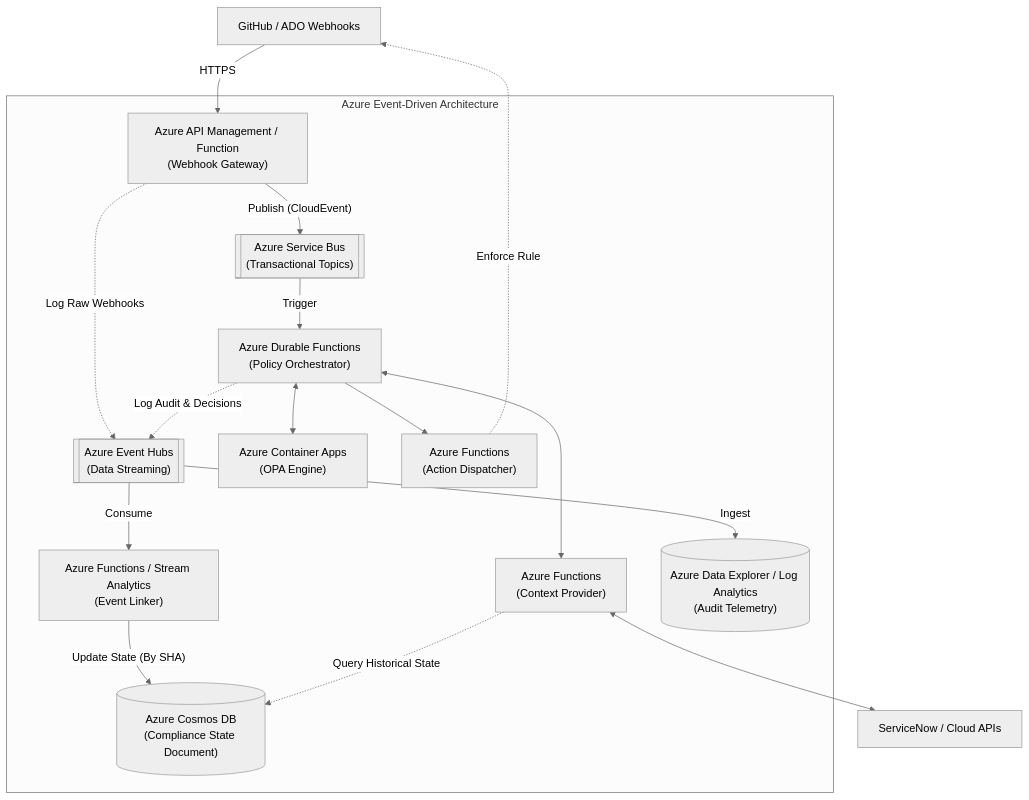
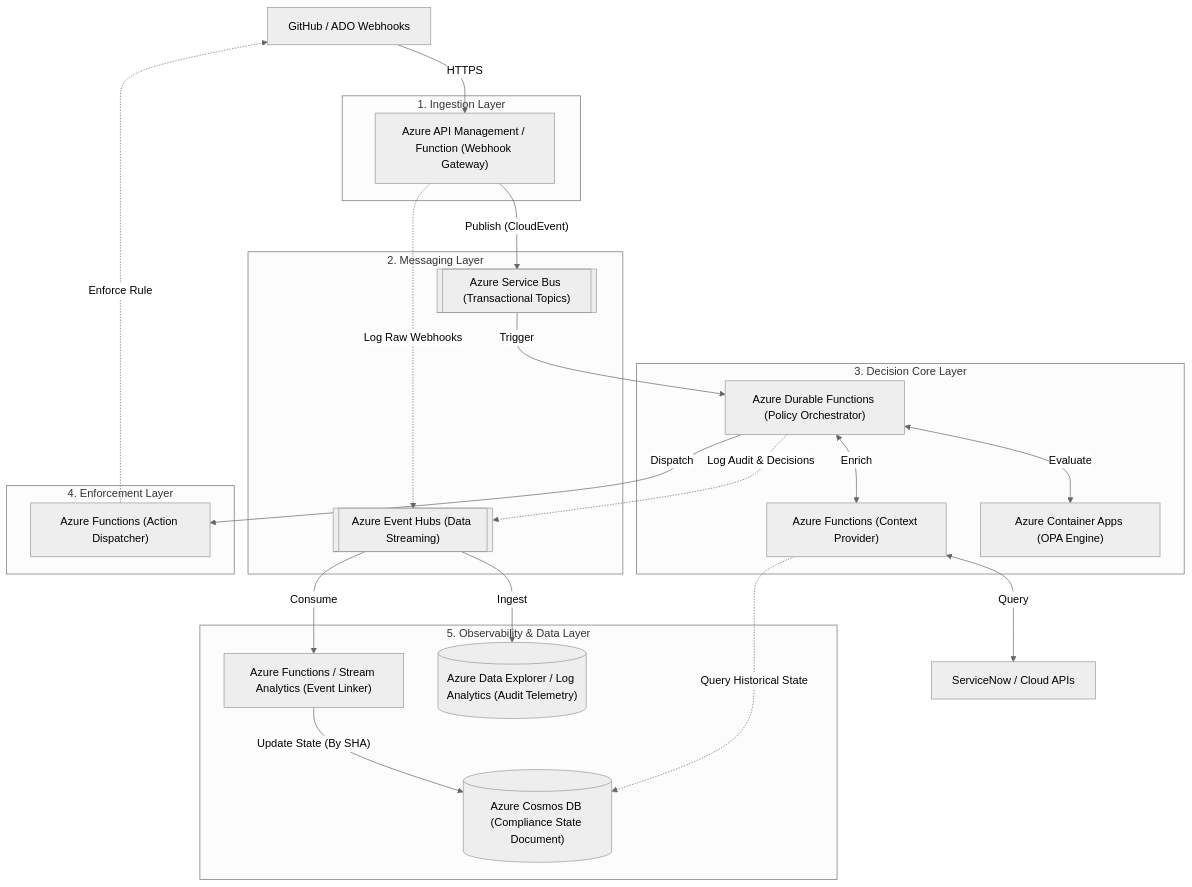
The third of 4 diagrams in docs/adr-initial-architecture.md (erasmo-dominguez-stuff/repol), drawn with Mermaid (neutral theme) before and after one commit. The commit also changed other lines of this file, not shown here.

````diff
--- a/docs/adr-initial-architecture.md
+++ b/docs/adr-initial-architecture.md
@@ -157,47 +146,52 @@
 ```mermaid
 flowchart TD
     %% External Entities
-    GH["GitHub / ADO Webhooks"] -- "HTTPS" --> Gateway
+    GH["GitHub / ADO Webhooks"]
     ExternalAPIs["ServiceNow / Cloud APIs"]
 
-    subgraph Azure_Serverless_Ecosystem [Azure Event-Driven Architecture]
-        %% Ingestion and Messaging
-        Gateway["Azure API Management / Function<br/>(Webhook Gateway)"]
-        ServiceBus[["Azure Service Bus<br/>(Transactional Topics)"]]
-        EventHubs[["Azure Event Hubs<br/>(Data Streaming)"]]
-        
-        %% Processing (Core)
-        Orchestrator["Azure Durable Functions<br/>(Policy Orchestrator)"]
-        Context["Azure Functions<br/>(Context Provider)"]
-        OPA["Azure Container Apps<br/>(OPA Engine)"]
-        
-        %% Enforcement
-        ActionDispatcher["Azure Functions<br/>(Action Dispatcher)"]
-
-        %% Correlation and Data
-        CorrelationEngine["Azure Functions / Stream Analytics<br/>(Event Linker)"]
-        CosmosDB[("Azure Cosmos DB<br/>(Compliance State Document)")]
-        LogAnalytics[("Azure Data Explorer / Log Analytics<br/>(Audit Telemetry)")]
+    %% Logical Layers in Azure
+    subgraph Layer1 ["1. Ingestion Layer"]
+        Gateway["Azure API Management / Function (Webhook Gateway)"]
     end
 
-    %% Main Transactional Flow
-    Gateway -- "Publish (CloudEvent)" --> ServiceBus
-    ServiceBus -- "Trigger" --> Orchestrator
+    subgraph Layer2 ["2. Messaging Layer"]
+        ServiceBus[["Azure Service Bus (Transactional Topics)"]]
+        EventHubs[["Azure Event Hubs (Data Streaming)"]]
+    end
+
+    subgraph Layer3 ["3. Decision Core Layer"]
+        Orchestrator["Azure Durable Functions (Policy Orchestrator)"]
+        Context["Azure Functions (Context Provider)"]
+        OPA["Azure Container Apps (OPA Engine)"]
+    end
+
+    subgraph Layer4 ["4. Enforcement Layer"]
+        ActionDispatcher["Azure Functions (Action Dispatcher)"]
+    end
+
+    subgraph Layer5 ["5. Observability & Data Layer"]
+        CorrelationEngine["Azure Functions / Stream Analytics (Event Linker)"]
+        CosmosDB[("Azure Cosmos DB (Compliance State Document)")]
+        LogAnalytics[("Azure Data Explorer / Log Analytics (Audit Telemetry)")]
+    end
+
+    %% Flows
+    GH -->|"HTTPS"| Gateway
+    Gateway -->|"Publish (CloudEvent)"| ServiceBus
+    ServiceBus -->|"Trigger"| Orchestrator
     
-    Orchestrator <--> Context
-    Context <--> ExternalAPIs
+    Orchestrator <-->|"Enrich"| Context
+    Context <-->|"Query"| ExternalAPIs
+    Orchestrator <-->|"Evaluate"| OPA
     
-    Orchestrator <--> OPA
-    Orchestrator --> ActionDispatcher
-    ActionDispatcher -. "Enforce Rule" .-> GH
+    Orchestrator -->|"Dispatch"| ActionDispatcher
+    ActionDispatcher -.->|"Enforce Rule"| GH
 
-    %% Correlation Flow
-    EventHubs -- "Consume" --> CorrelationEngine
-    CorrelationEngine -- "Update State (By SHA)" --> CosmosDB
-    Context -. "Query Historical State" .-> CosmosDB
+    EventHubs -->|"Consume"| CorrelationEngine
+    CorrelationEngine -->|"Update State (By SHA)"| CosmosDB
+    Context -.->|"Query Historical State"| CosmosDB
     
-    %% Audit Flow
-    Gateway -. "Log Raw Webhooks" .-> EventHubs
-    Orchestrator -. "Log Audit & Decisions" .-> EventHubs
-    EventHubs -- "Ingest" --> LogAnalytics
+    Gateway -.->|"Log Raw Webhooks"| EventHubs
+    Orchestrator -.->|"Log Audit & Decisions"| EventHubs
+    EventHubs -->|"Ingest"| LogAnalytics
 ```
````
